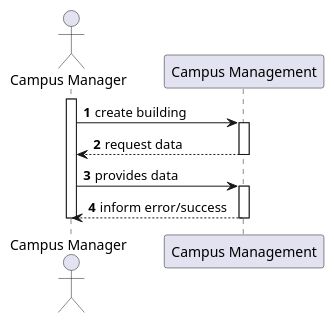
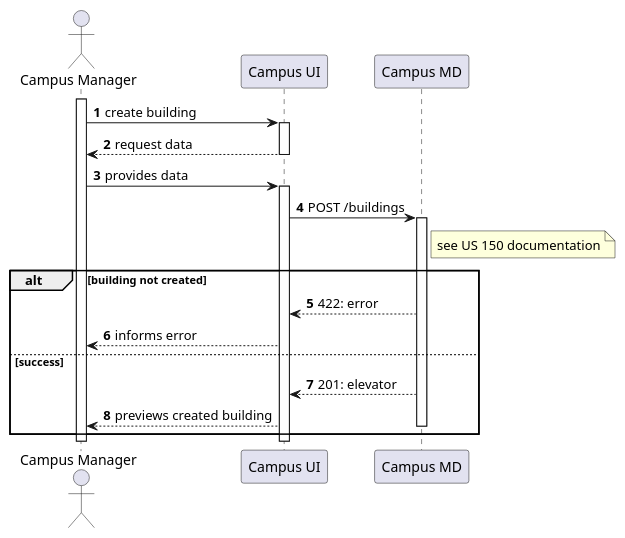
Before and after one commit to Departamento-de-Engenharia-Informatica/lapr5-23-24-g19: the diagram in docs/us1050/level2/process-view.puml, drawn with PlantUML. The commit also changed 5 other files, not shown here.

```diff
--- a/docs/us1050/level2/process-view.puml
+++ b/docs/us1050/level2/process-view.puml
@@ -1,20 +1,36 @@
 @startuml
 autonumber
 
 actor "Campus Manager" as usr
 
-participant "Campus Management" as mng
+participant "Campus UI" as ui
+
+'TODO: call it just 'MD'?
+participant "Campus MD" as md
 
 activate usr
-    usr -> mng : create building
-    activate mng
-        mng --> usr : request data
-    deactivate mng
+    usr -> ui : create building
+    activate ui
+        ui --> usr : request data
+    deactivate ui
 
-    usr -> mng : provides data
-    activate mng
-        mng --> usr : inform error/success
-    deactivate mng
+    usr -> ui : provides data
+    activate ui
+        ui -> md : POST /buildings
+        activate md
+            note right of md : see US 150 documentation
+
+            alt building not created
+                md --> ui : 422: error
+                ui --> usr : informs error
+            else success
+                md --> ui : 201: elevator
+                ui --> usr : previews created building
+
+        deactivate md
+
+        end
+    deactivate ui
 deactivate usr
 
 @enduml
```
